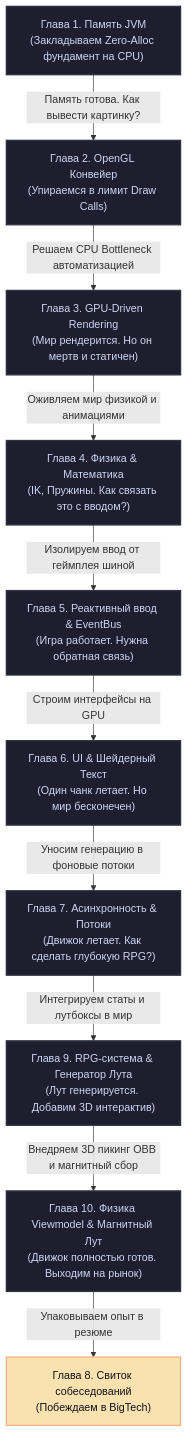
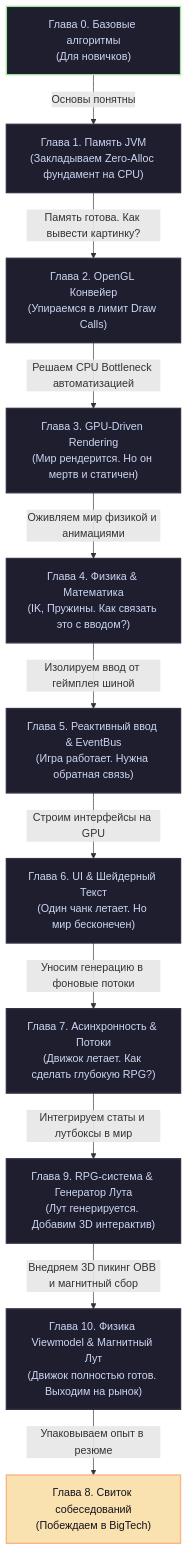
One commit to haiseskibidi/Zenith changed the diagram in docs/academy/README.md. Above: the diagram before and after it, drawn with Mermaid. The commit also changed other lines of this file and 3 other files, not shown here.

````diff
--- a/docs/academy/README.md
+++ b/docs/academy/README.md
@@ -82,24 +87,26 @@
 ```mermaid
 graph TD
-    A["Глава 1. Память JVM<br>(Закладываем Zero-Alloc фундамент на CPU)"]
+    Z["Глава 0. Базовые алгоритмы<br>(Для новичков)"]
+    Z -->|"Основы понятны"| A["Глава 1. Память JVM<br>(Закладываем Zero-Alloc фундамент на CPU)"]
     A -->|"Память готова. Как вывести картинку?"| B["Глава 2. OpenGL Конвейер<br>(Упираемся в лимит Draw Calls)"]
     B -->|"Решаем CPU Bottleneck автоматизацией"| C["Глава 3. GPU-Driven Rendering<br>(Мир рендерится. Но он мертв и статичен)"]
     C -->|"Оживляем мир физикой и анимациями"| D["Глава 4. Физика & Математика<br>(IK, Пружины. Как связать это с вводом?)" ]
     D -->|"Изолируем ввод от геймплея шиной"| E["Глава 5. Реактивный ввод & EventBus<br>(Игра работает. Нужна обратная связь)"]
     E -->|"Строим интерфейсы на GPU"| F["Глава 6. UI & Шейдерный Текст<br>(Один чанк летает. Но мир бесконечен)"]
     F -->|"Уносим генерацию в фоновые потоки"| G["Глава 7. Асинхронность & Потоки<br>(Движок летает. Как сделать глубокую RPG?)"]
     G -->|"Интегрируем статы и лутбоксы в мир"| I["Глава 9. RPG-система & Генератор Лута<br>(Лут генерируется. Добавим 3D интерактив)"]
     I -->|"Внедряем 3D пикинг OBB и магнитный сбор"| J["Глава 10. Физика Viewmodel & Магнитный Лут<br>(Движок полностью готов. Выходим на рынок)"]
     J -->|"Упаковываем опыт в резюме"| H["Глава 8. Свиток собеседований<br>(Побеждаем в BigTech)"]
 
+    style Z fill:#1e1e2e,stroke:#a6e3a1,stroke-width:2px,color:#cdd6f4
     style A fill:#1e1e2e,stroke:#313244,stroke-width:2px,color:#cdd6f4
     style B fill:#1e1e2e,stroke:#313244,stroke-width:2px,color:#cdd6f4
     style C fill:#1e1e2e,stroke:#313244,stroke-width:2px,color:#cdd6f4
     style D fill:#1e1e2e,stroke:#313244,stroke-width:2px,color:#cdd6f4
     style E fill:#1e1e2e,stroke:#313244,stroke-width:2px,color:#cdd6f4
     style F fill:#1e1e2e,stroke:#313244,stroke-width:2px,color:#cdd6f4
     style G fill:#1e1e2e,stroke:#313244,stroke-width:2px,color:#cdd6f4
     style I fill:#1e1e2e,stroke:#313244,stroke-width:2px,color:#cdd6f4
     style J fill:#1e1e2e,stroke:#313244,stroke-width:2px,color:#cdd6f4
     style H fill:#f9e2af,stroke:#fab387,stroke-width:2px,color:#11111b
 ```
````
